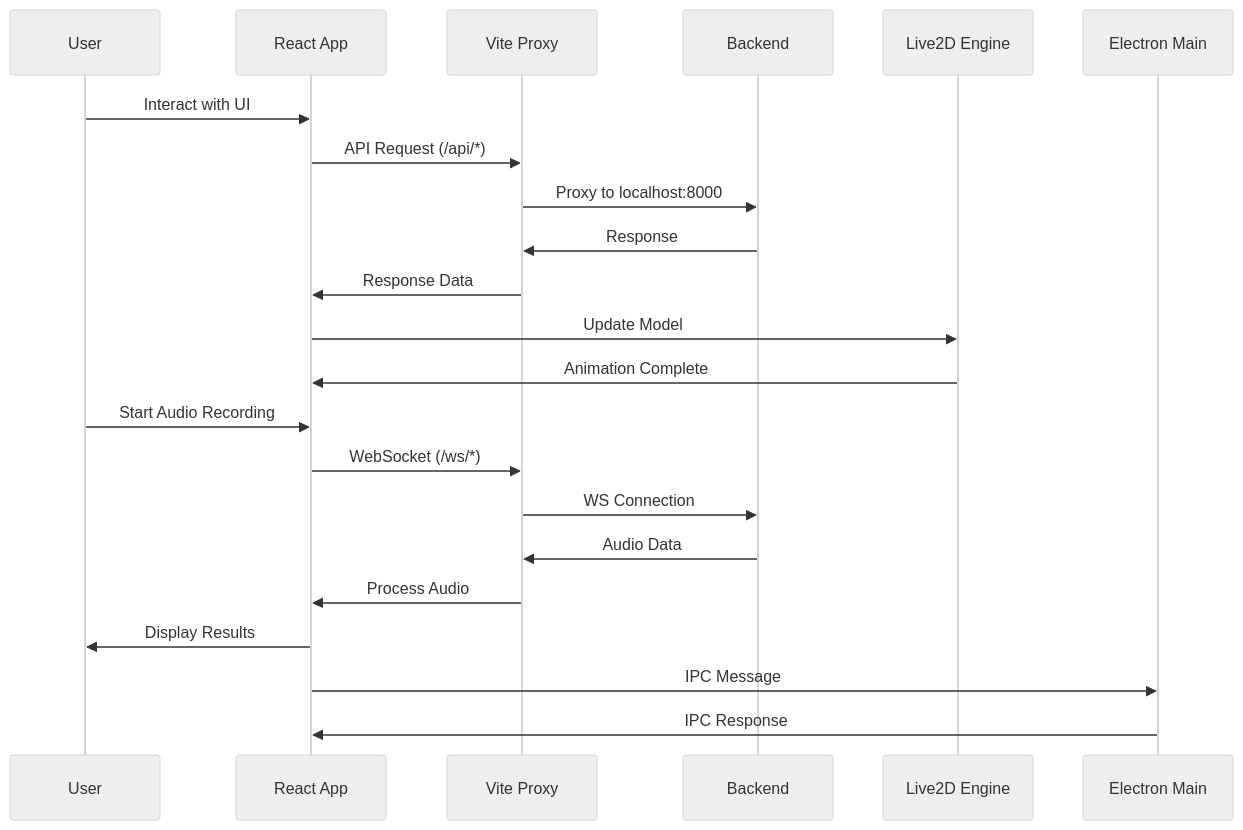
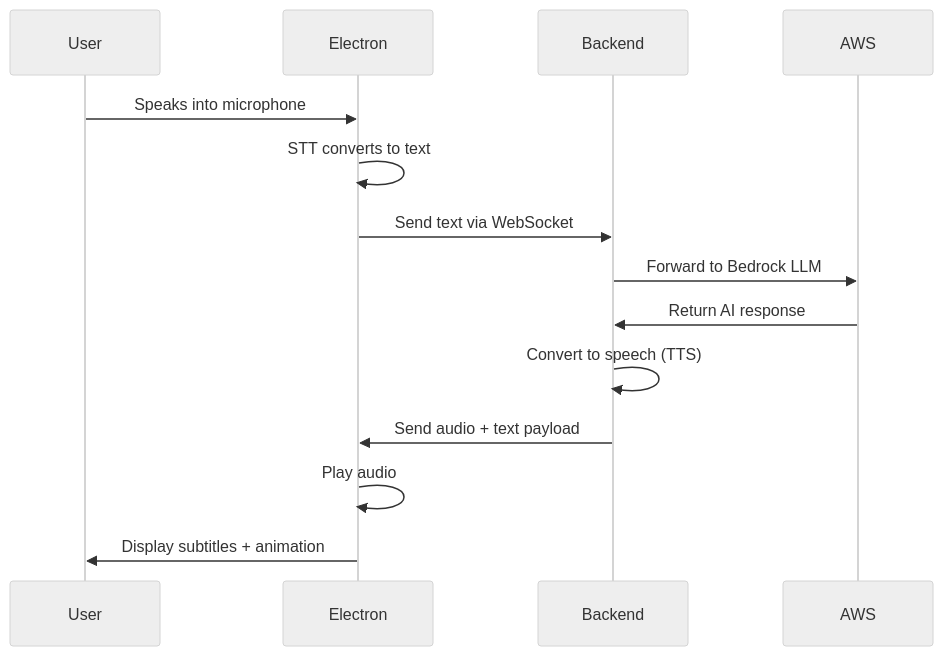
One commit to ArmanSahota/AWS_Live2D_Assistant changed the second of 2 diagrams in LLM-Live2D-Desktop-Assitant-main/ARCHITECTURE_DIAGRAM.md. Above: the diagram before and after it, drawn with Mermaid (neutral theme). The commit also changed other lines of this file and 12 other files, not shown here.

Commit message:
Diagrams

````diff
--- a/LLM-Live2D-Desktop-Assitant-main/ARCHITECTURE_DIAGRAM.md
+++ b/LLM-Live2D-Desktop-Assitant-main/ARCHITECTURE_DIAGRAM.md
@@ -106,27 +80,17 @@
 ```mermaid
 sequenceDiagram
     participant User
-    participant React as React App
-    participant Vite as Vite Proxy
-    participant FastAPI as Backend
-    participant Live2D as Live2D Engine
-    participant Electron as Electron Main
+    participant Electron
+    participant Backend
+    participant AWS
     
-    User->>React: Interact with UI
-    React->>Vite: API Request (/api/*)
-    Vite->>FastAPI: Proxy to localhost:8000
-    FastAPI->>Vite: Response
-    Vite->>React: Response Data
-    React->>Live2D: Update Model
-    Live2D->>React: Animation Complete
-    
-    User->>React: Start Audio Recording
-    React->>Vite: WebSocket (/ws/*)
-    Vite->>FastAPI: WS Connection
-    FastAPI->>Vite: Audio Data
-    Vite->>React: Process Audio
-    React->>User: Display Results
-    
-    React->>Electron: IPC Message
-    Electron->>React: IPC Response
+    User->>Electron: Speaks into microphone
+    Electron->>Electron: STT converts to text
+    Electron->>Backend: Send text via WebSocket
+    Backend->>AWS: Forward to Bedrock LLM
+    AWS->>Backend: Return AI response
+    Backend->>Backend: Convert to speech (TTS)
+    Backend->>Electron: Send audio + text payload
+    Electron->>Electron: Play audio
+    Electron->>User: Display subtitles + animation
 ```
````
